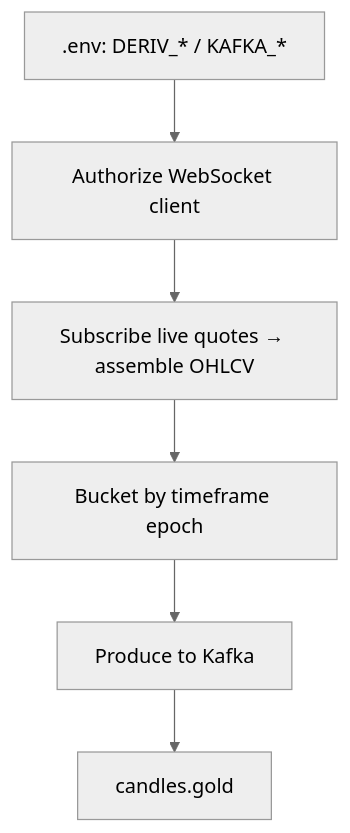
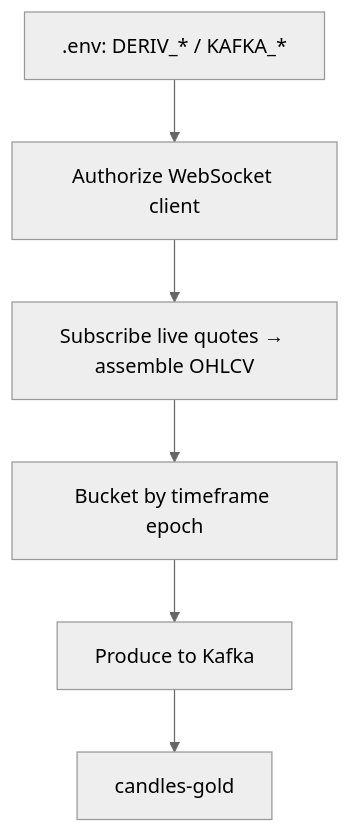
One commit to shehan-jayasinghe/ai_trading_bots changed the first of 3 diagrams in docs/architecture/deriv/producer/deriv-gold-kafka.md. Above: the diagram before and after it, drawn with Mermaid (neutral theme). The commit also changed other lines of this file and 9 other files, not shown here.

````diff
--- a/docs/architecture/deriv/producer/deriv-gold-kafka.md
+++ b/docs/architecture/deriv/producer/deriv-gold-kafka.md
@@ -15,11 +15,11 @@
 ```mermaid
 flowchart TD
   E[.env: DERIV_* / KAFKA_*]
   A[Authorize WebSocket client]
   F[Subscribe live quotes → assemble OHLCV]
   B[Bucket by timeframe epoch]
   K[Produce to Kafka]
 
   E --> A --> F --> B --> K
-  K --> C[candles.gold]
+  K --> C[candles-gold]
 ```
````
